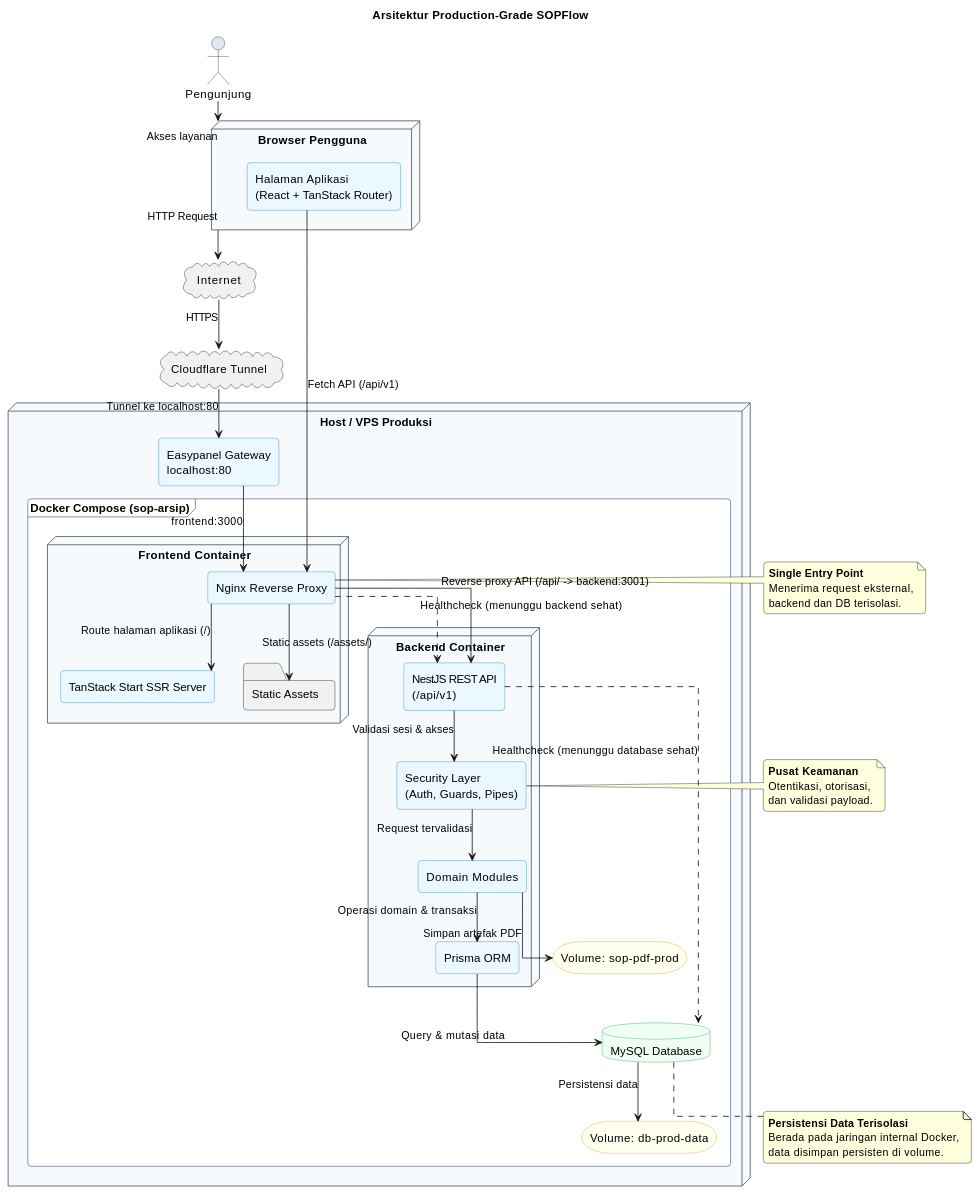
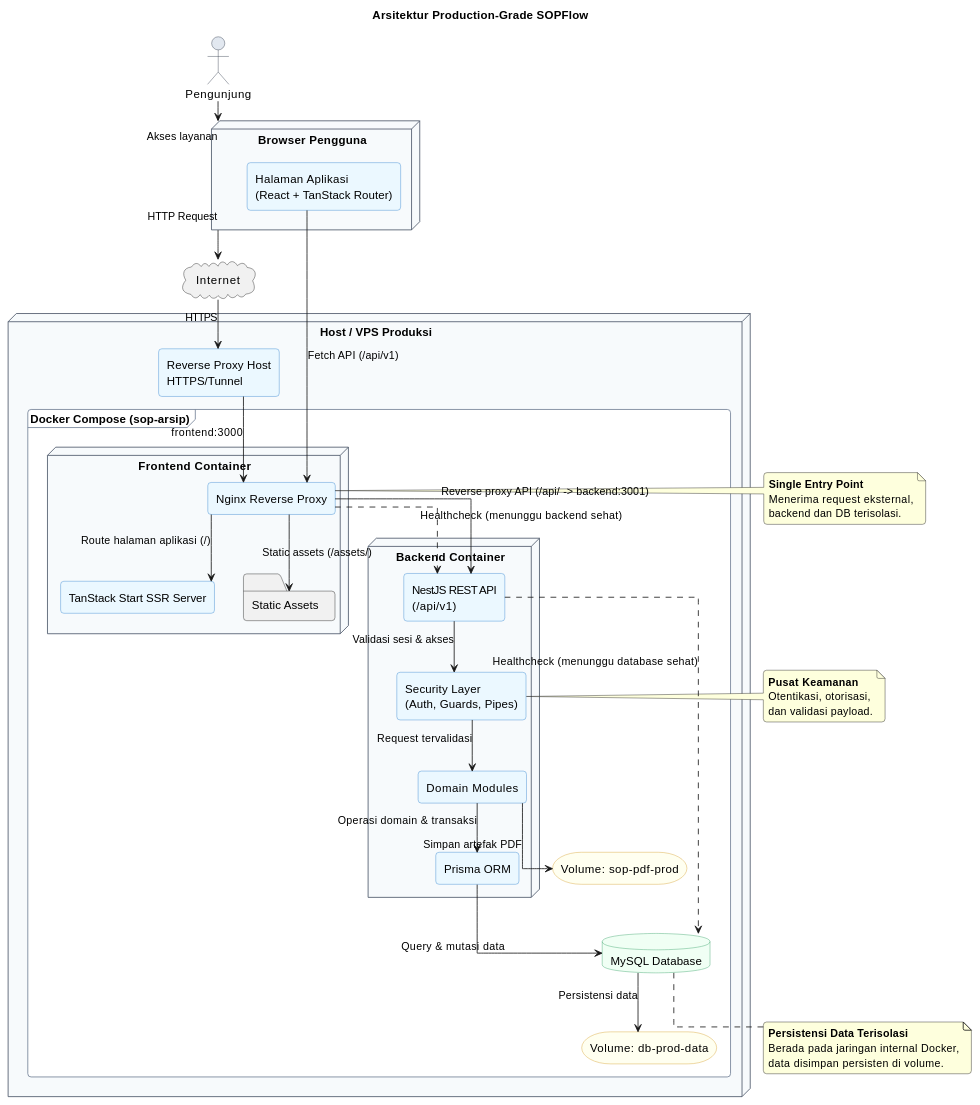
One commit to howlil/sop-generate-app changed the first of 3 diagrams in docs/arsitektur-sistem.md. Above: the diagram before and after it, drawn with PlantUML. The commit also changed other lines of this file and 18 other files, not shown here.

```diff
--- a/docs/arsitektur-sistem.md
+++ b/docs/arsitektur-sistem.md
@@ -60,10 +60,9 @@
 }
 
 cloud "Internet" as Internet
-cloud "Cloudflare Tunnel" as Cloudflare
 
 node "Host / VPS Produksi" as VPS {
-  component "Easypanel Gateway\nlocalhost:80" as EasypanelGateway
+  component "Reverse Proxy Host\nHTTPS/Tunnel" as HostProxy
 
   frame "Docker Compose (sop-arsip)" as Compose {
     
@@ -89,9 +88,8 @@
 
 Visitor --> Browser : Akses layanan
 Browser --> Internet : HTTP Request
-Internet --> Cloudflare : HTTPS
-Cloudflare --> EasypanelGateway : Tunnel ke localhost:80
-EasypanelGateway --> Nginx : frontend:3000
+Internet --> HostProxy : HTTPS
+HostProxy --> Nginx : frontend:3000
 
 Nginx --> SSR : Route halaman aplikasi (/)
 Nginx --> Assets : Static assets (/assets/)
```
